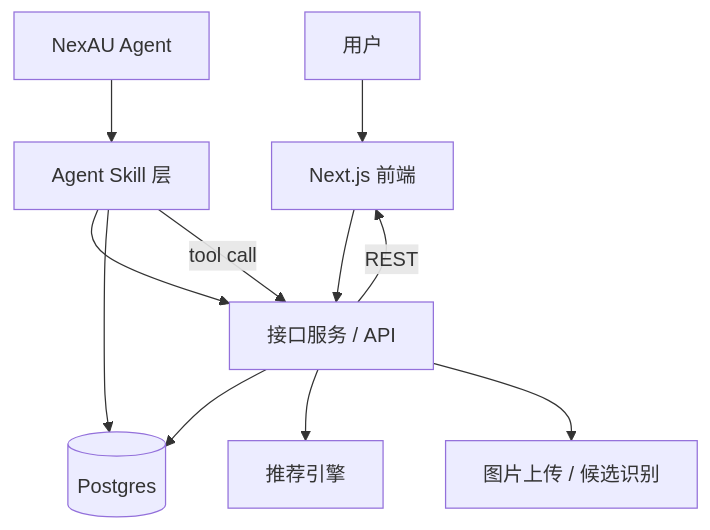
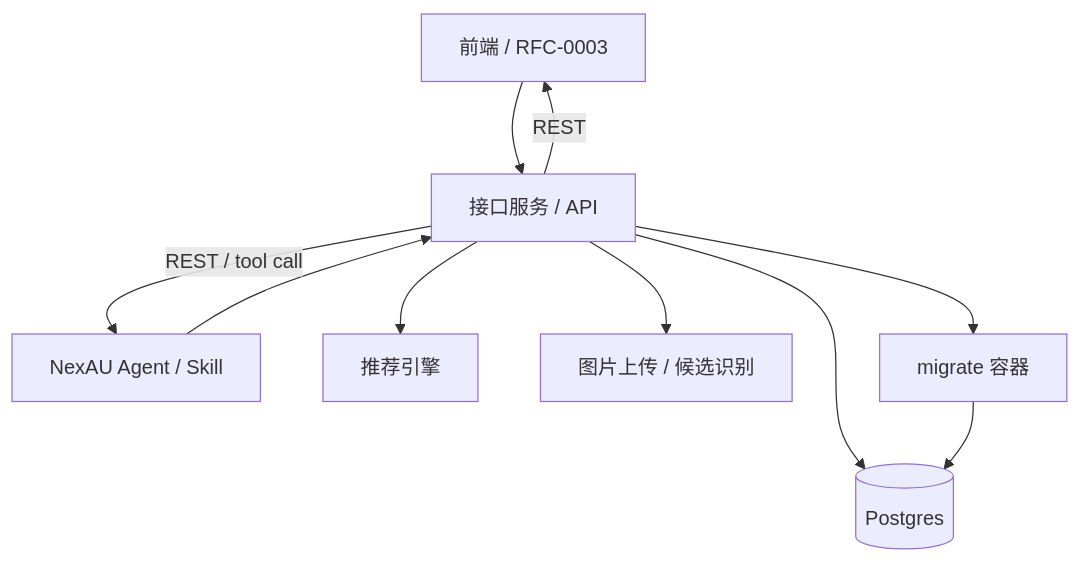
The first of 5 diagrams in docs/rfcs/0002-ordering-system-architecture.md (leoli-jpg/north-hackathon-team-5-ordering), drawn with Mermaid before and after one commit. The commit also changed other lines of this file and 16 other files, not shown here.

First line of the commit message:
RFC-0002: ordering API and database schema (#12)

````diff
--- a/docs/rfcs/0002-ordering-system-architecture.md
+++ b/docs/rfcs/0002-ordering-system-architecture.md
@@ -27,14 +26,13 @@
 ```mermaid
 flowchart TD
-    U["用户"] --> FE["Next.js 前端"]
-    FE --> API["接口服务 / API"]
+    FE["前端 / RFC-0003"] --> API["接口服务 / API"]
+    AG["NexAU Agent / Skill"] --> API
     API --> DB[("Postgres")]
     API --> REC["推荐引擎"]
     API --> IMG["图片上传 / 候选识别"]
-    AG["NexAU Agent"] --> SKILL["Agent Skill 层"]
-    SKILL --> API
-    SKILL --> DB
+    API --> MIG["migrate 容器"]
+    MIG --> DB
 
     API -->|REST| FE
-    SKILL -->|tool call| API
+    API -->|REST / tool call| AG
 ```
````
